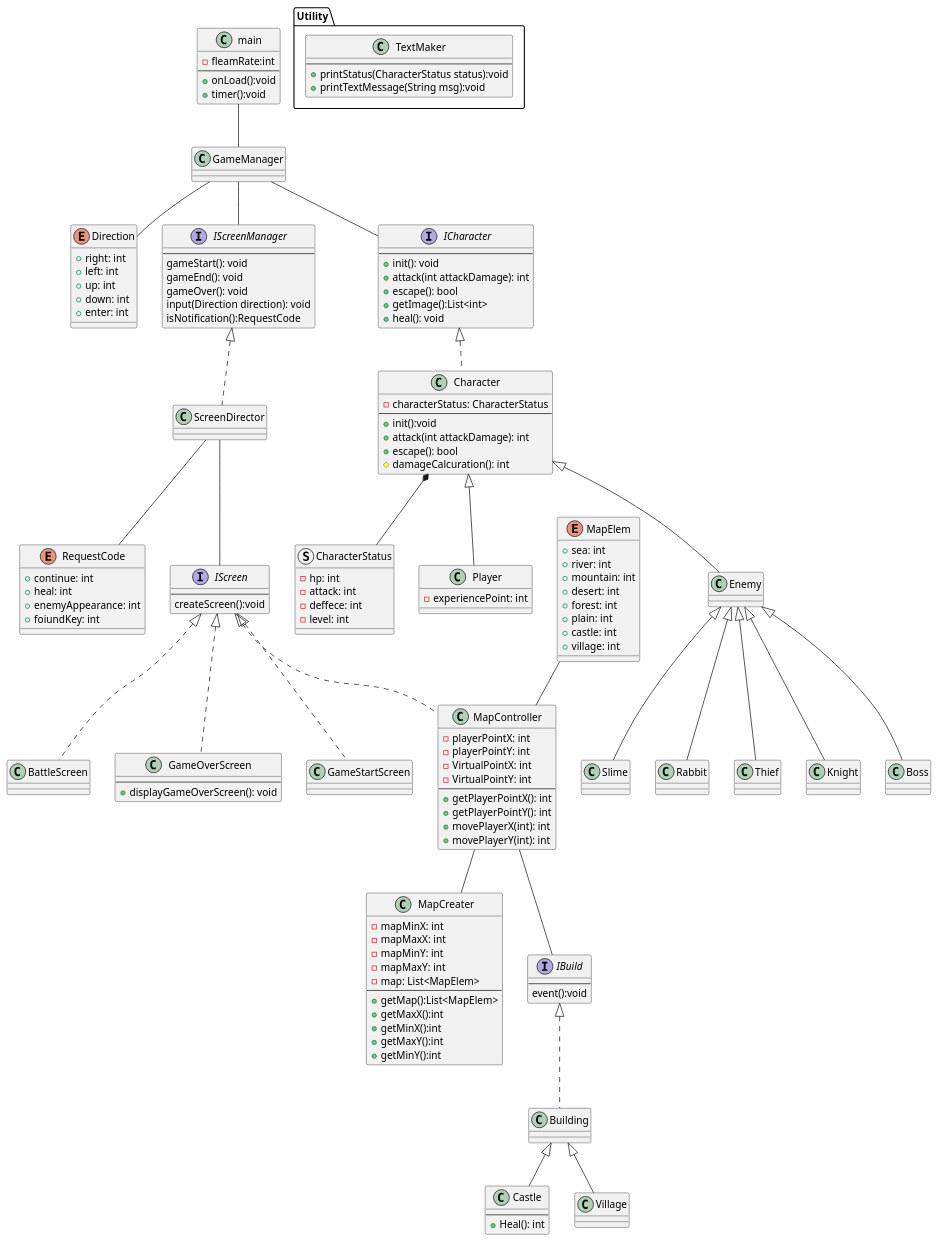
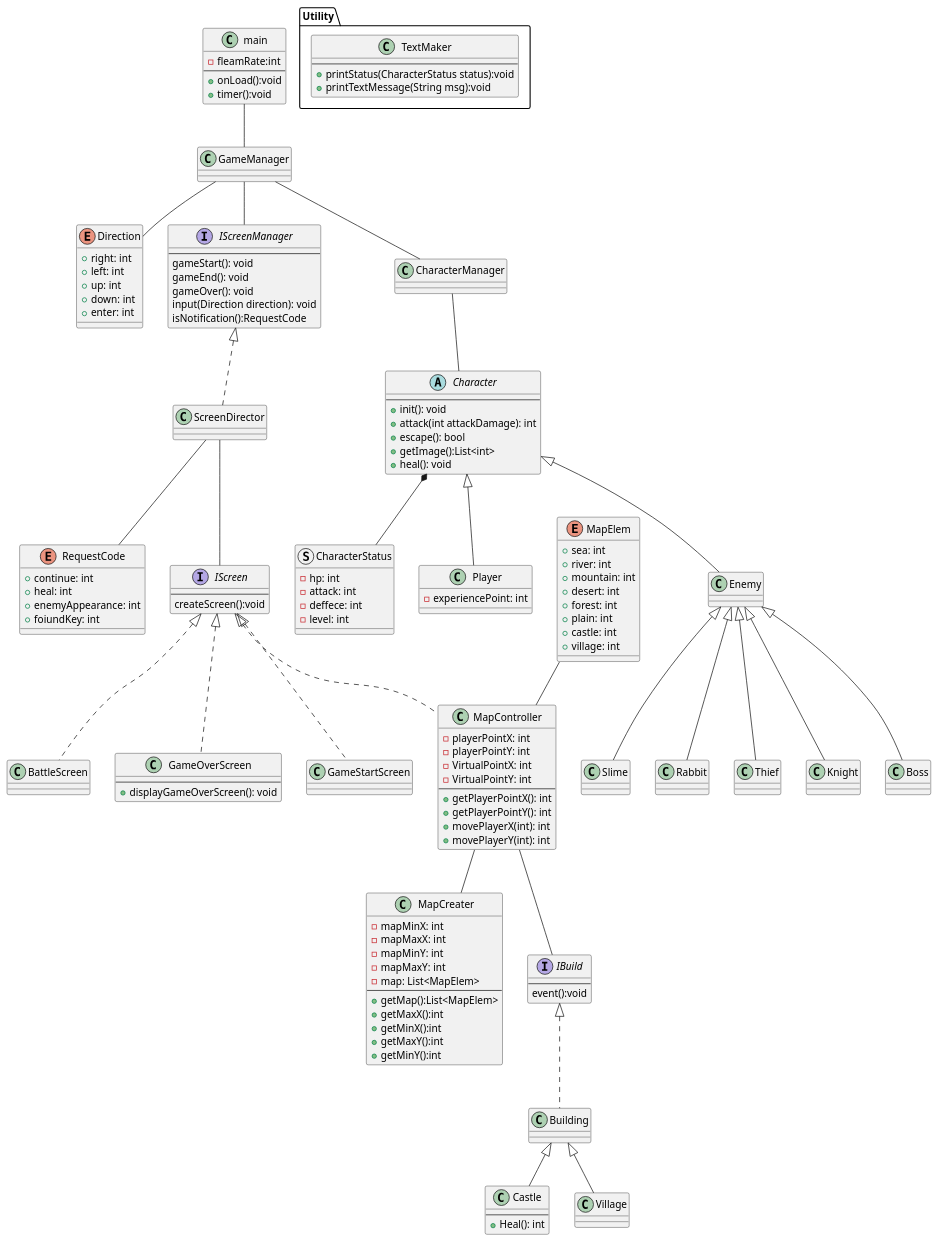
Before and after one commit to yudai19990419/ScriptGame2D: the diagram in design/class_design.pu, drawn with PlantUML. The commit also changed 19 other files, not shown here.

```diff
--- a/design/class_design.pu
+++ b/design/class_design.pu
@@ -94,7 +94,7 @@
 
 }
 
-interface ICharacter {
+abstract Character {
     --
     + init(): void
     + attack(int attackDamage): int
@@ -103,13 +103,8 @@
     + heal(): void
 }
 
-class Character {
-    - characterStatus: CharacterStatus
-    --
-    + init():void
-    + attack(int attackDamage): int
-    + escape(): bool
-    # damageCalcuration(): int
+class CharacterManager {
+
 }
 
 struct CharacterStatus{
@@ -175,7 +170,7 @@
 
 main -- GameManager
 GameManager -- IScreenManager
-GameManager -- ICharacter
+GameManager -- CharacterManager
 GameManager -- Direction
 
 IScreenManager <|.. ScreenDirector
@@ -189,7 +184,7 @@
 MapController -- IBuild
 MapElem -- MapController
 
-ICharacter <|.. Character
+CharacterManager -- Character
 Character <|-- Enemy
 Character <|-- Player
 Character *-- CharacterStatus
```
